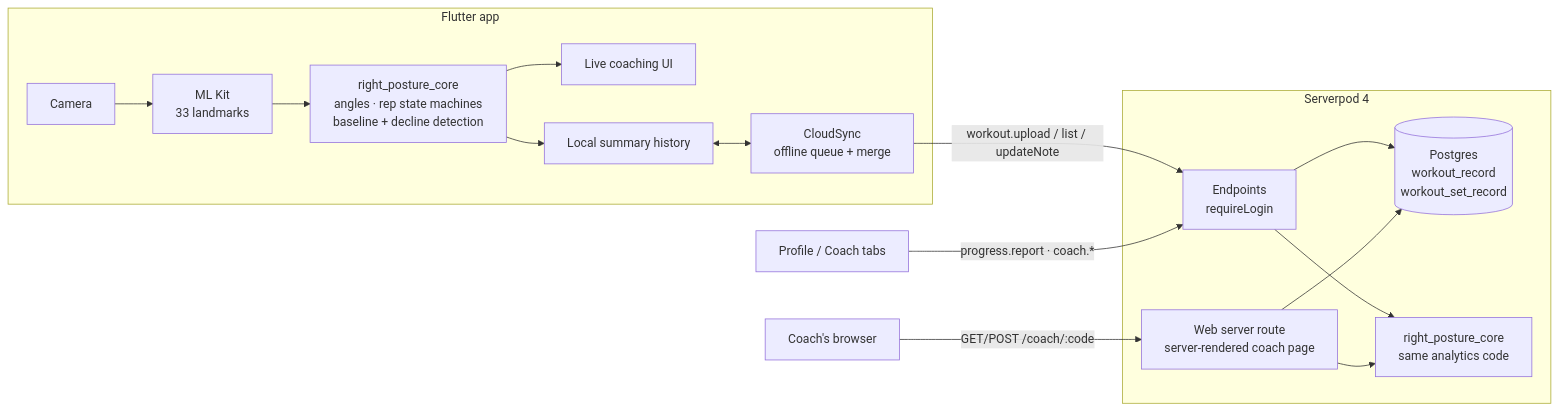
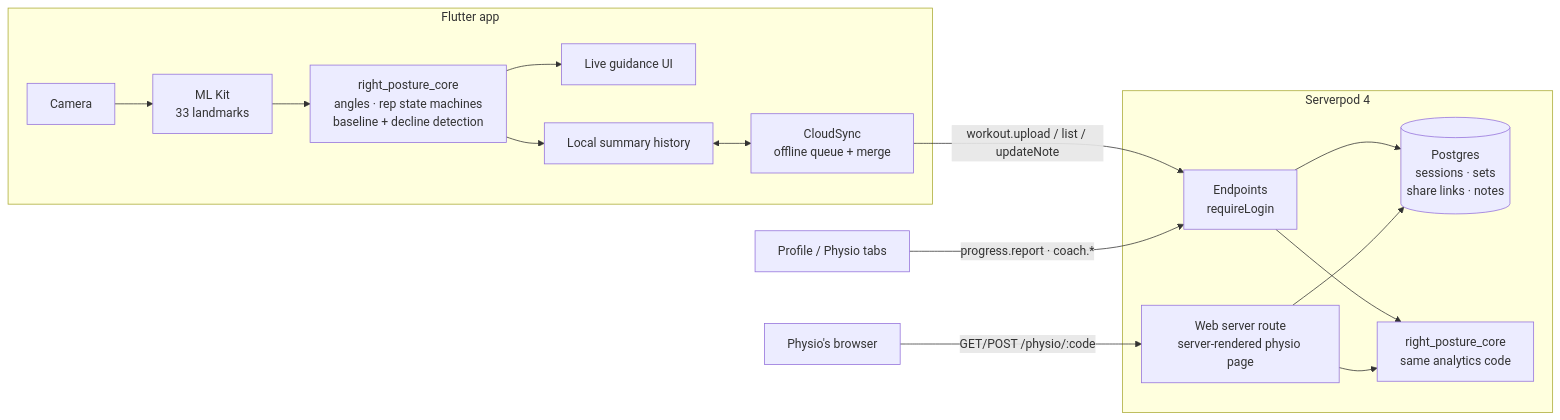
One commit to itsofficially-sreyash/right-posture-serverpod changed the diagram in README.md. Above: the diagram before and after it, drawn with Mermaid. The commit also changed other lines of this file and 30 other files, not shown here.

````diff
--- a/README.md
+++ b/README.md
@@ -46,19 +51,19 @@
 ```mermaid
 flowchart LR
     subgraph Phone [Flutter app]
       A[Camera] --> B[ML Kit<br/>33 landmarks]
       B --> C[right_posture_core<br/>angles · rep state machines<br/>baseline + decline detection]
-      C --> D[Live coaching UI]
+      C --> D[Live guidance UI]
       C --> E[Local summary history]
       E <--> F[CloudSync<br/>offline queue + merge]
     end
     F -- "workout.upload / list / updateNote" --> G
-    H[Profile / Coach tabs] -- "progress.report · coach.*" --> G
-    K[Coach's browser] -- "GET/POST /coach/:code" --> L
+    H[Profile / Physio tabs] -- "progress.report · coach.*" --> G
+    K[Physio's browser] -- "GET/POST /physio/:code" --> L
     subgraph Server [Serverpod 4]
-      G[Endpoints<br/>requireLogin] --> I[(Postgres<br/>workout_record<br/>workout_set_record)]
+      G[Endpoints<br/>requireLogin] --> I[(Postgres<br/>sessions · sets<br/>share links · notes)]
       G --> J[right_posture_core<br/>same analytics code]
-      L[Web server route<br/>server-rendered coach page] --> I
+      L[Web server route<br/>server-rendered physio page] --> I
       L --> J
     end
 ```
````
